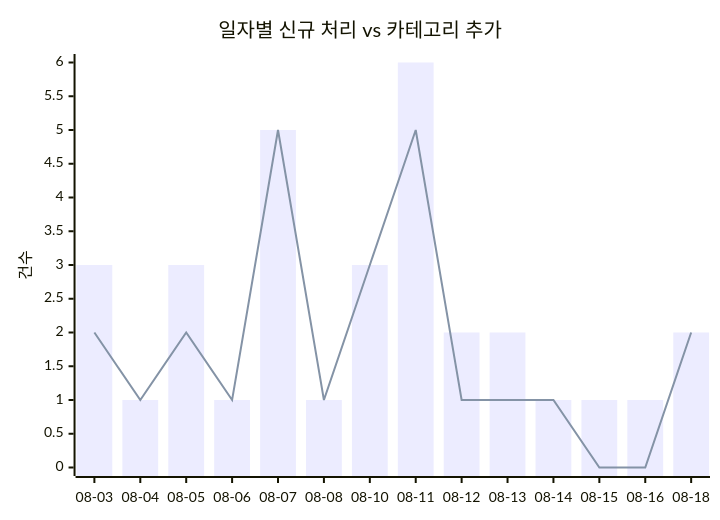
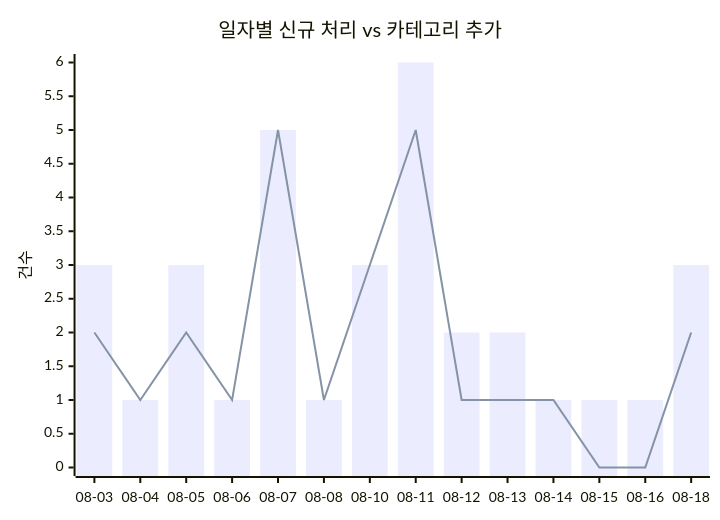
One commit to J-nowcow/awesome-korean-agent-skills changed the first of 2 diagrams in docs/trends.md. Above: the diagram before and after it, drawn with Mermaid. The commit also changed other lines of this file and 2 other files, not shown here.

````diff
--- a/docs/trends.md
+++ b/docs/trends.md
@@ -32,8 +32,8 @@
 ```mermaid
 xychart-beta
     title "일자별 신규 처리 vs 카테고리 추가"
     x-axis ["08-03","08-04","08-05","08-06","08-07","08-08","08-10","08-11","08-12","08-13","08-14","08-15","08-16","08-18"]
     y-axis "건수"
-    bar [3,1,3,1,5,1,3,6,2,2,1,1,1,2]
+    bar [3,1,3,1,5,1,3,6,2,2,1,1,1,3]
     line [2,1,2,1,5,1,3,5,1,1,1,0,0,2]
 ```
````
